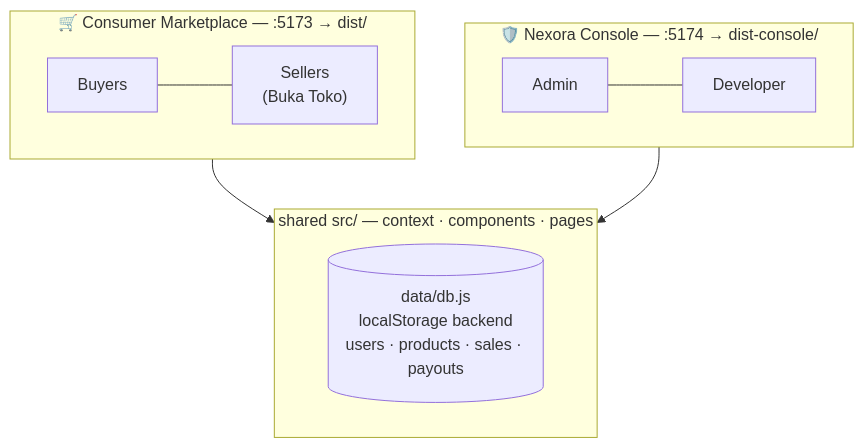
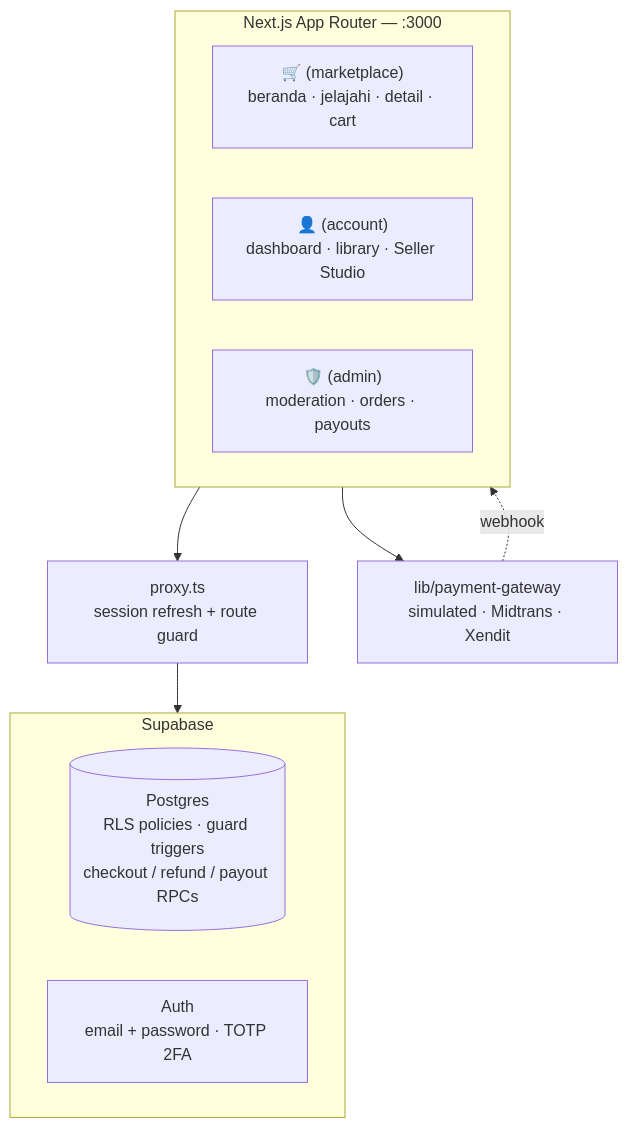
The diagram in README.md (joshuasetiawann/ai-marketplace-website), drawn with Mermaid before and after one commit. The commit also changed other lines of this file and 13 other files, not shown here.

````diff
--- a/README.md
+++ b/README.md
@@ -73,16 +73,17 @@
 ```mermaid
 flowchart TB
-  subgraph CONSUMER["🛒 Consumer Marketplace — :5173 → dist/"]
+  subgraph APP["Next.js App Router — :3000"]
     direction LR
-    BUY["Buyers"] --- SELL["Sellers<br/>(Buka Toko)"]
+    MKT["🛒 (marketplace)<br/>beranda · jelajahi · detail · cart"]
+    ACC["👤 (account)<br/>dashboard · library · Seller Studio"]
+    ADM["🛡️ (admin)<br/>moderation · orders · payouts"]
   end
-  subgraph CONSOLE["🛡️ Nexora Console — :5174 → dist-console/"]
-    direction LR
-    ADM["Admin"] --- DEV["Developer"]
+  APP --> PROXY["proxy.ts<br/>session refresh + route guard"]
+  PROXY --> SB
+  subgraph SB["Supabase"]
+    DB[("Postgres<br/>RLS policies · guard triggers<br/>checkout / refund / payout RPCs")]
+    AUTH["Auth<br/>email + password · TOTP 2FA"]
   end
-  CONSUMER --> SHARED
-  CONSOLE --> SHARED
-  subgraph SHARED["shared src/ — context · components · pages"]
-    DB[("data/db.js<br/>localStorage backend<br/>users · products · sales · payouts")]
-  end
+  APP --> PAY["lib/payment-gateway<br/>simulated · Midtrans · Xendit"]
+  PAY -. webhook .-> APP
 ```
````
